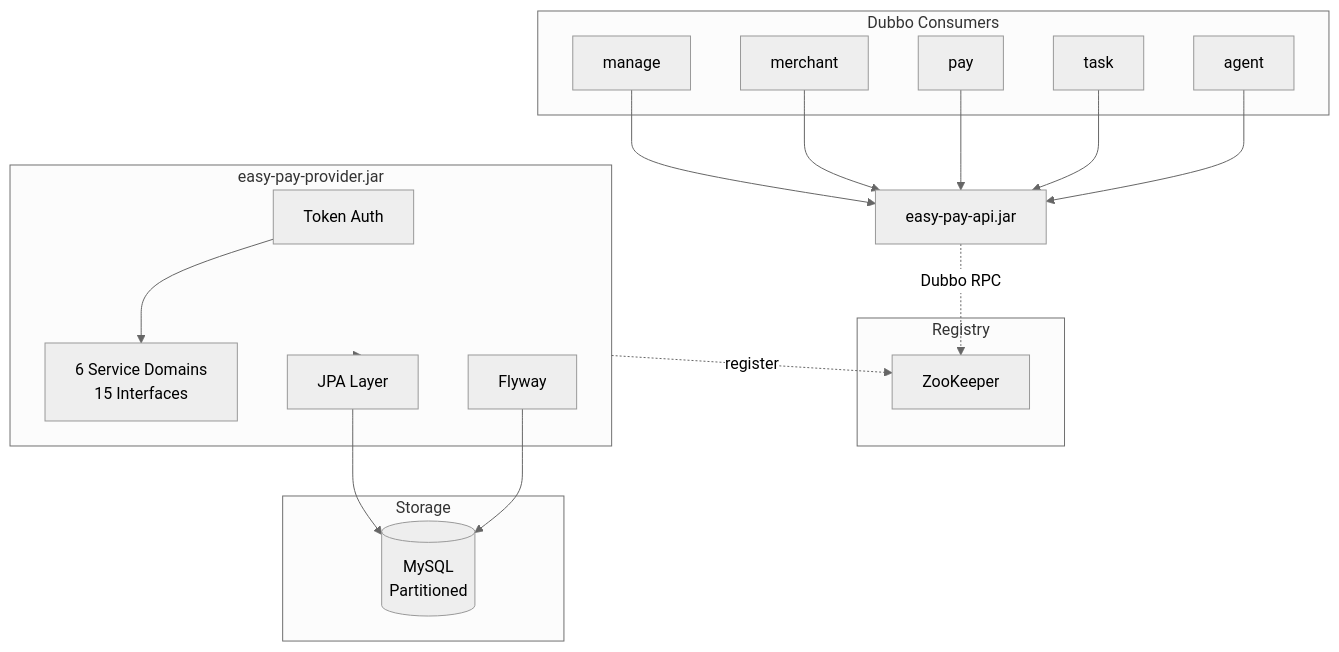
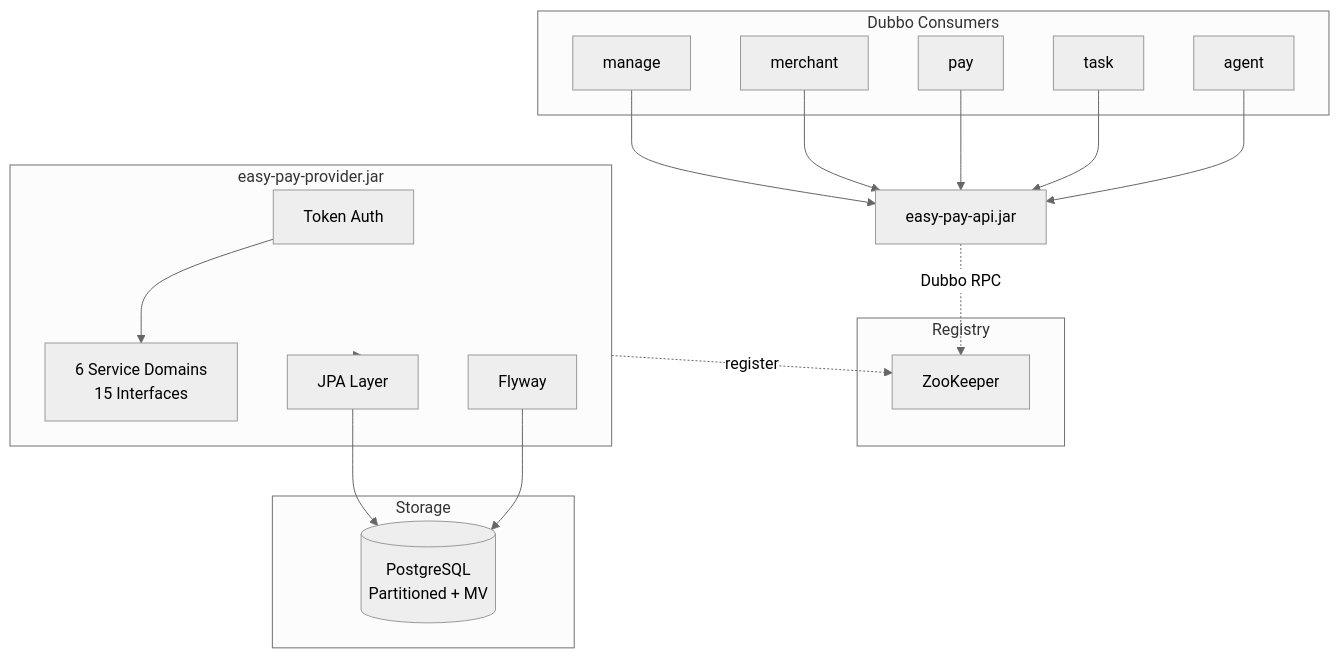
One commit to forkcc/easy_pay_interface changed the diagram in README.md. Above: the diagram before and after it, drawn with Mermaid (neutral theme). The commit also changed other lines of this file and 1 other file, not shown here.

First line of the commit message:
docs: update README and CHANGELOG for PostgreSQL + materialized views

````diff
--- a/README.md
+++ b/README.md
@@ -11,38 +11,38 @@
 ```mermaid
 flowchart TB
     subgraph Consumers["Dubbo Consumers"]
         manage[manage]
         merchant[merchant]
         pay[pay]
         task[task]
         agent[agent]
     end
 
     subgraph Registry["Registry"]
         zk[ZooKeeper]
     end
 
     subgraph Provider["easy-pay-provider.jar"]
         token[Token Auth]
         domains[6 Service Domains<br/>15 Interfaces]
         jpa[JPA Layer]
         flyway[Flyway]
     end
 
     subgraph Storage["Storage"]
-        mysql[(MySQL<br/>Partitioned)]
+        pg[(PostgreSQL<br/>Partitioned + MV)]
     end
 
     manage --> api[easy-pay-api.jar]
     merchant --> api
     pay --> api
     task --> api
     agent --> api
 
     api -.->|Dubbo RPC| zk
     Provider -.->|register| zk
     Provider --> jpa
-    jpa --> mysql
-    flyway --> mysql
+    jpa --> pg
+    flyway --> pg
     token --> domains
 ```
````
